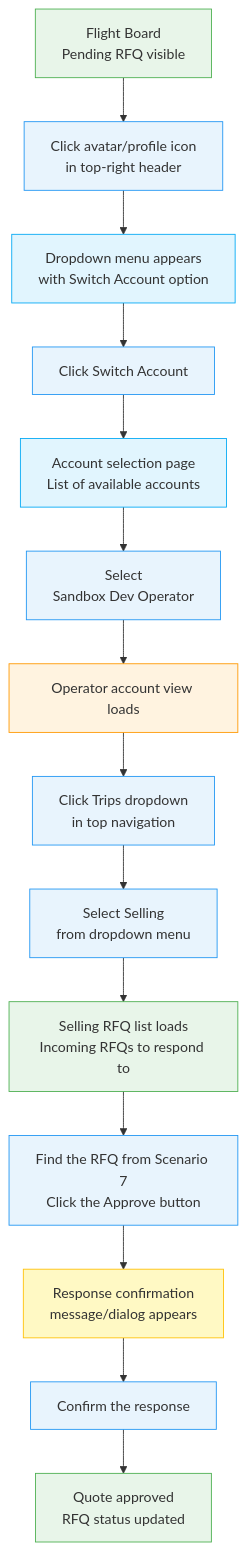
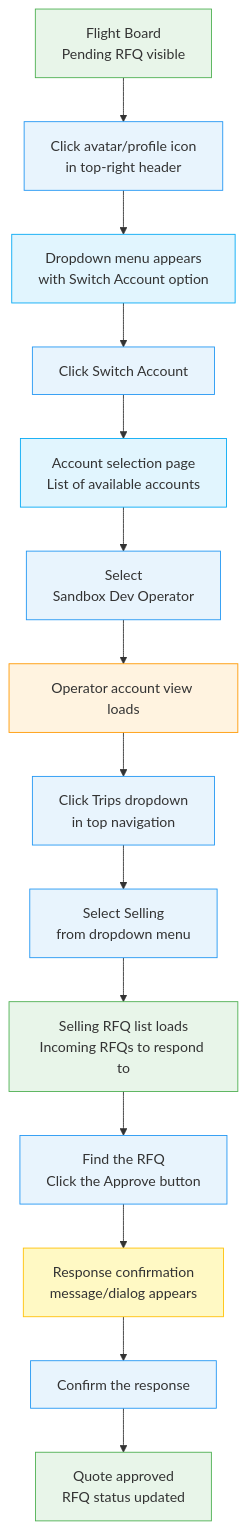
Before and after one commit to kingler/v0-jetvision-assistant: the fifth of 8 diagrams in .claude/commands/demo-record.md, drawn with Mermaid. The commit also changed other lines of this file and 18 other files, not shown here.

````diff
--- a/.claude/commands/demo-record.md
+++ b/.claude/commands/demo-record.md
@@ -674,31 +915,31 @@
 ```mermaid
 flowchart TD
     A["Flight Board\nPending RFQ visible"] --> B["Click avatar/profile icon\nin top-right header"]
     B --> C["Dropdown menu appears\nwith Switch Account option"]
     C --> D["Click Switch Account"]
     D --> E["Account selection page\nList of available accounts"]
     E --> F["Select\nSandbox Dev Operator"]
     F --> G["Operator account view loads"]
     G --> H["Click Trips dropdown\nin top navigation"]
     H --> I["Select Selling\nfrom dropdown menu"]
     I --> J["Selling RFQ list loads\nIncoming RFQs to respond to"]
-    J --> K["Find the RFQ from Scenario 7\nClick the Approve button"]
+    J --> K["Find the RFQ\nClick the Approve button"]
     K --> L["Response confirmation\nmessage/dialog appears"]
     L --> M["Confirm the response"]
     M --> N["Quote approved\nRFQ status updated"]
 
     style A fill:#e8f5e9,stroke:#4CAF50
     style B fill:#e8f4fd,stroke:#2196F3
     style C fill:#e1f5fe,stroke:#03A9F4
     style D fill:#e8f4fd,stroke:#2196F3
     style E fill:#e1f5fe,stroke:#03A9F4
     style F fill:#e8f4fd,stroke:#2196F3
     style G fill:#fff3e0,stroke:#FF9800
     style H fill:#e8f4fd,stroke:#2196F3
     style I fill:#e8f4fd,stroke:#2196F3
     style J fill:#e8f5e9,stroke:#4CAF50
     style K fill:#e8f4fd,stroke:#2196F3
     style L fill:#fff9c4,stroke:#FFC107
     style M fill:#e8f4fd,stroke:#2196F3
     style N fill:#e8f5e9,stroke:#4CAF50
 ```
````
